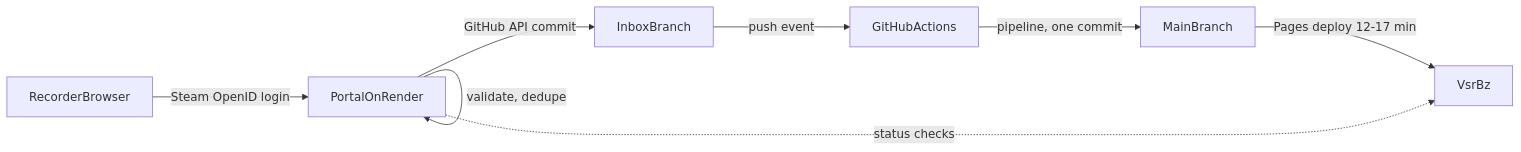
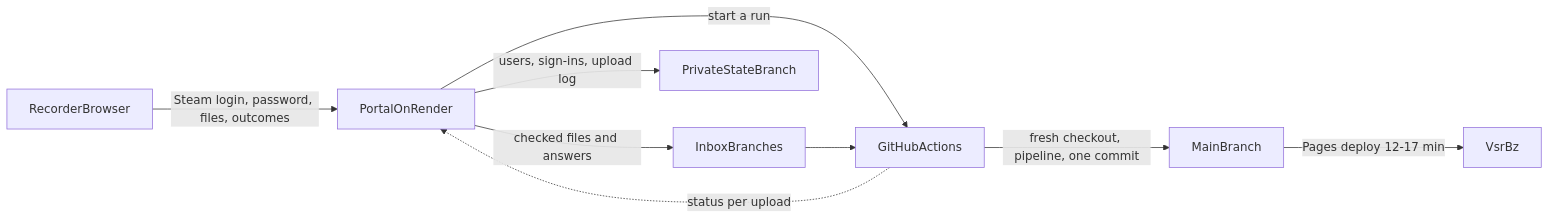
Before and after one commit to sevsunday/vsr.bz: the diagram in .cursor/plans/session_upload_portal_4e4edccc.plan.md, drawn with Mermaid. The commit also changed other lines of this file, not shown here.

````diff
--- a/.cursor/plans/session_upload_portal_4e4edccc.plan.md
+++ b/.cursor/plans/session_upload_portal_4e4edccc.plan.md
@@ -39,10 +47,11 @@
 ```mermaid
 flowchart LR
-  Recorder[RecorderBrowser] -->|"Steam OpenID login"| Portal[PortalOnRender]
-  Portal -->|"validate, dedupe"| Portal
-  Portal -->|"GitHub API commit"| Inbox[InboxBranch]
-  Inbox -->|"push event"| Actions[GitHubActions]
-  Actions -->|"pipeline, one commit"| MainBranch[MainBranch]
+  Recorder[RecorderBrowser] -->|"Steam login, password, files, outcomes"| Portal[PortalOnRender]
+  Portal -->|"checked files and answers"| Inbox[InboxBranches]
+  Portal -->|"start a run"| Actions[GitHubActions]
+  Inbox --> Actions
+  Actions -->|"fresh checkout, pipeline, one commit"| MainBranch[MainBranch]
   MainBranch -->|"Pages deploy 12-17 min"| Site[VsrBz]
-  Portal -.->|"status checks"| Site
+  Actions -.->|"status per upload"| Portal
+  Portal -->|"users, sign-ins, upload log"| StateBranch[PrivateStateBranch]
 ```
````
